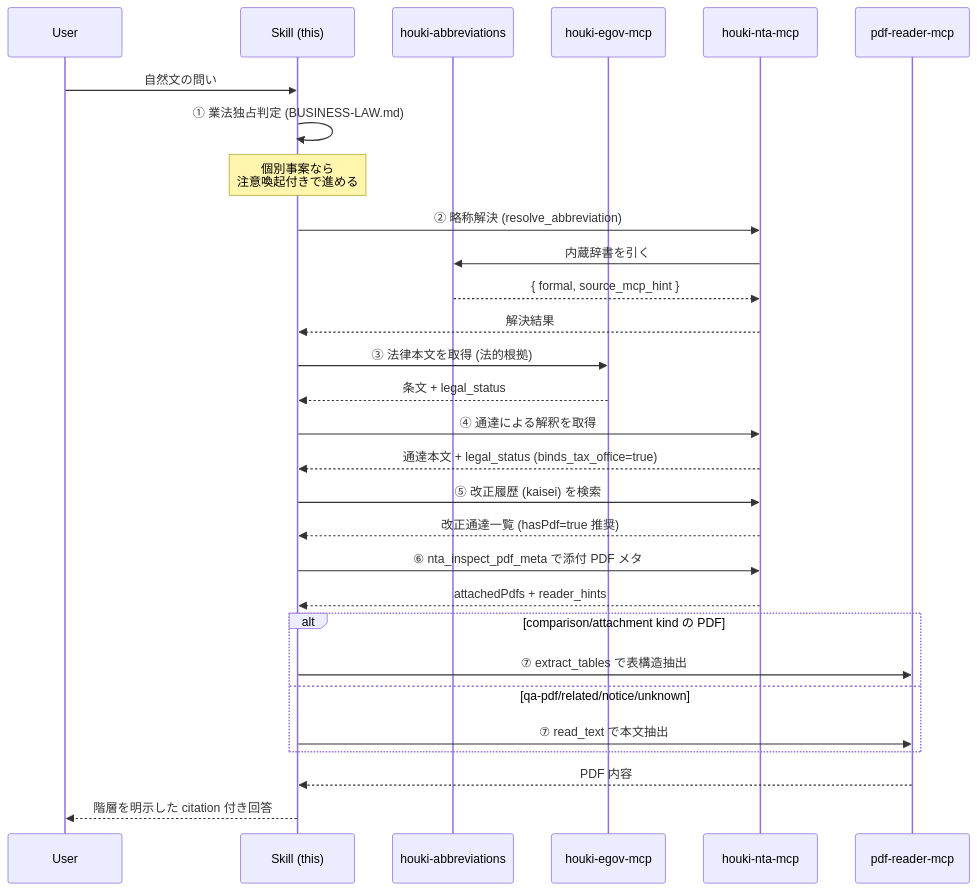
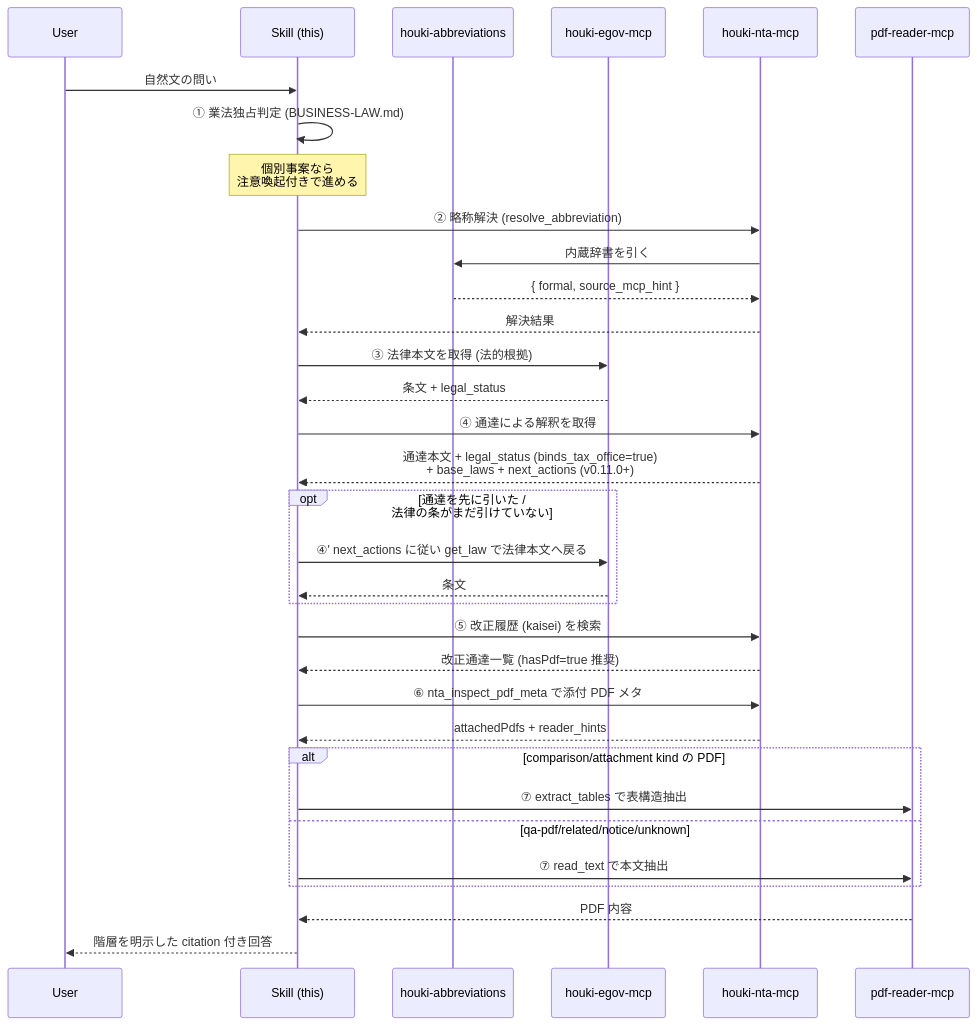
One commit to shuji-bonji/houki-research-skill changed the first of 2 diagrams in skills/houki-research/workflows/tax-research.md. Above: the diagram before and after it, drawn with Mermaid. The commit also changed other lines of this file and 6 other files, not shown here.

First line of the commit message:
feat: 通達を引いたら next_actions に従って法律本文へ戻る手順を追加 (v0.4.0)

````diff
--- a/skills/houki-research/workflows/tax-research.md
+++ b/skills/houki-research/workflows/tax-research.md
@@ -18,39 +18,43 @@
 ```mermaid
 sequenceDiagram
     participant U as User
     participant S as Skill (this)
     participant A as houki-abbreviations
     participant E as houki-egov-mcp
     participant N as houki-nta-mcp
     participant P as pdf-reader-mcp
 
     U->>S: 自然文の問い
     S->>S: ① 業法独占判定 (BUSINESS-LAW.md)
     Note over S: 個別事案なら<br/>注意喚起付きで進める
 
     S->>N: ② 略称解決 (resolve_abbreviation)
     N->>A: 内蔵辞書を引く
     A-->>N: { formal, source_mcp_hint }
     N-->>S: 解決結果
 
     S->>E: ③ 法律本文を取得 (法的根拠)
     E-->>S: 条文 + legal_status
 
     S->>N: ④ 通達による解釈を取得
-    N-->>S: 通達本文 + legal_status (binds_tax_office=true)
+    N-->>S: 通達本文 + legal_status (binds_tax_office=true)<br/>+ base_laws + next_actions (v0.11.0+)
+    opt 通達を先に引いた / 法律の条がまだ引けていない
+        S->>E: ④' next_actions に従い get_law で法律本文へ戻る
+        E-->>S: 条文
+    end
 
     S->>N: ⑤ 改正履歴 (kaisei) を検索
     N-->>S: 改正通達一覧 (hasPdf=true 推奨)
 
     S->>N: ⑥ nta_inspect_pdf_meta で添付 PDF メタ
     N-->>S: attachedPdfs + reader_hints
 
     alt comparison/attachment kind の PDF
         S->>P: ⑦ extract_tables で表構造抽出
     else qa-pdf/related/notice/unknown
         S->>P: ⑦ read_text で本文抽出
     end
     P-->>S: PDF 内容
 
     S-->>U: 階層を明示した citation 付き回答
 ```
````
